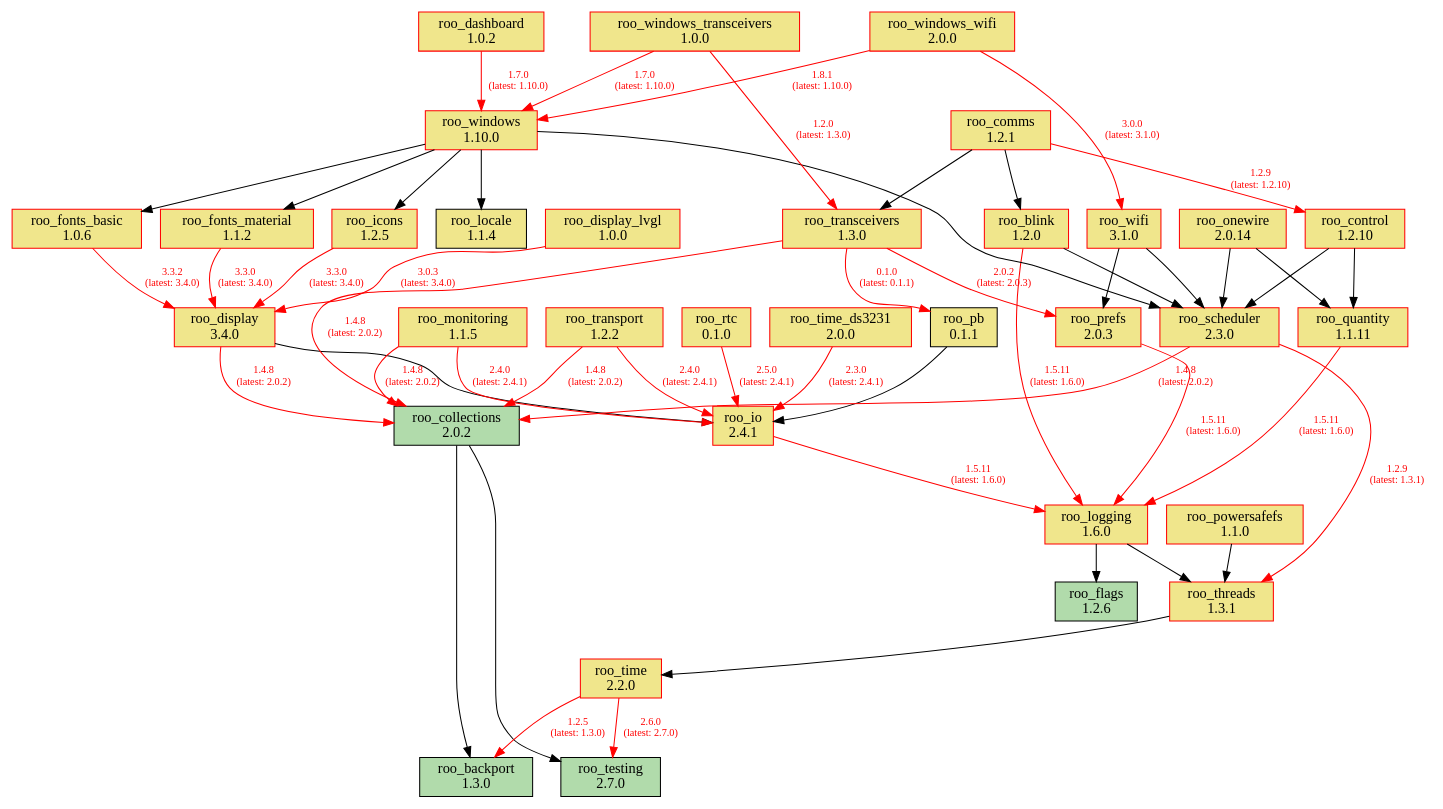
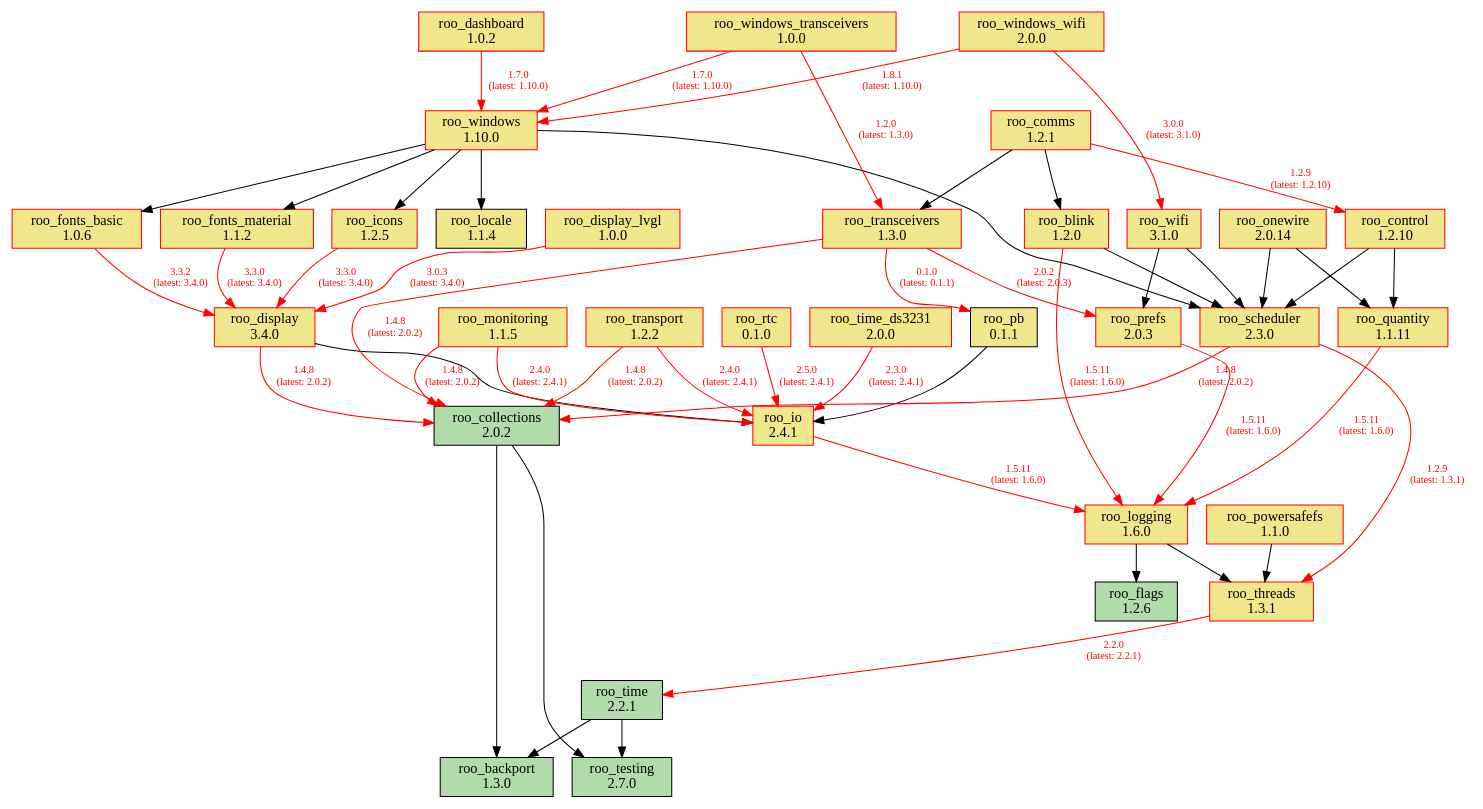
Before and after one commit to dejwk/roo-registry: the diagram in doc/dependencies.dot, drawn with Graphviz. The commit also changed 3 other files, not shown here.

Commit message:
Added roo_time 2.2.1 to the registry.

```diff
--- a/doc/dependencies.dot
+++ b/doc/dependencies.dot
@@ -1,92 +1,92 @@
 digraph dependencies {
     rankdir=TB;
     node [shape=box, style=filled];
     edge [fontsize=10];
 
     // Modules
     "roo_backport" [label="roo_backport\n1.3.0", fillcolor="#b1dbab", color="black"];
     "roo_blink" [label="roo_blink\n1.2.0", fillcolor="khaki", color="red"];
     "roo_collections" [label="roo_collections\n2.0.2", fillcolor="#b1dbab", color="black"];
     "roo_comms" [label="roo_comms\n1.2.1", fillcolor="khaki", color="red"];
     "roo_control" [label="roo_control\n1.2.10", fillcolor="khaki", color="red"];
     "roo_dashboard" [label="roo_dashboard\n1.0.2", fillcolor="khaki", color="red"];
     "roo_display" [label="roo_display\n3.4.0", fillcolor="khaki", color="red"];
     "roo_display_lvgl" [label="roo_display_lvgl\n1.0.0", fillcolor="khaki", color="red"];
     "roo_flags" [label="roo_flags\n1.2.6", fillcolor="#b1dbab", color="black"];
     "roo_fonts_basic" [label="roo_fonts_basic\n1.0.6", fillcolor="khaki", color="red"];
     "roo_fonts_material" [label="roo_fonts_material\n1.1.2", fillcolor="khaki", color="red"];
     "roo_icons" [label="roo_icons\n1.2.5", fillcolor="khaki", color="red"];
     "roo_io" [label="roo_io\n2.4.1", fillcolor="khaki", color="red"];
     "roo_locale" [label="roo_locale\n1.1.4", fillcolor="khaki", color="black"];
     "roo_logging" [label="roo_logging\n1.6.0", fillcolor="khaki", color="red"];
     "roo_monitoring" [label="roo_monitoring\n1.1.5", fillcolor="khaki", color="red"];
     "roo_onewire" [label="roo_onewire\n2.0.14", fillcolor="khaki", color="red"];
     "roo_pb" [label="roo_pb\n0.1.1", fillcolor="khaki", color="black"];
     "roo_powersafefs" [label="roo_powersafefs\n1.1.0", fillcolor="khaki", color="red"];
     "roo_prefs" [label="roo_prefs\n2.0.3", fillcolor="khaki", color="red"];
     "roo_quantity" [label="roo_quantity\n1.1.11", fillcolor="khaki", color="red"];
     "roo_rtc" [label="roo_rtc\n0.1.0", fillcolor="khaki", color="red"];
     "roo_scheduler" [label="roo_scheduler\n2.3.0", fillcolor="khaki", color="red"];
     "roo_testing" [label="roo_testing\n2.7.0", fillcolor="#b1dbab", color="black"];
     "roo_threads" [label="roo_threads\n1.3.1", fillcolor="khaki", color="red"];
-    "roo_time" [label="roo_time\n2.2.0", fillcolor="khaki", color="red"];
+    "roo_time" [label="roo_time\n2.2.1", fillcolor="#b1dbab", color="black"];
     "roo_time_ds3231" [label="roo_time_ds3231\n2.0.0", fillcolor="khaki", color="red"];
     "roo_transceivers" [label="roo_transceivers\n1.3.0", fillcolor="khaki", color="red"];
     "roo_transport" [label="roo_transport\n1.2.2", fillcolor="khaki", color="red"];
     "roo_wifi" [label="roo_wifi\n3.1.0", fillcolor="khaki", color="red"];
     "roo_windows" [label="roo_windows\n1.10.0", fillcolor="khaki", color="red"];
     "roo_windows_transceivers" [label="roo_windows_transceivers\n1.0.0", fillcolor="khaki", color="red"];
     "roo_windows_wifi" [label="roo_windows_wifi\n2.0.0", fillcolor="khaki", color="red"];
 
     // Dependencies
     "roo_blink" -> "roo_logging" [color=red, fontcolor=red, label="1.5.11\n(latest: 1.6.0)"];
     "roo_blink" -> "roo_scheduler";
     "roo_collections" -> "roo_testing";
     "roo_collections" -> "roo_backport";
     "roo_comms" -> "roo_blink";
     "roo_comms" -> "roo_control" [color=red, fontcolor=red, label="1.2.9\n(latest: 1.2.10)"];
     "roo_comms" -> "roo_transceivers";
     "roo_control" -> "roo_quantity";
     "roo_control" -> "roo_scheduler";
     "roo_dashboard" -> "roo_windows" [color=red, fontcolor=red, label="1.7.0\n(latest: 1.10.0)"];
     "roo_display" -> "roo_collections" [color=red, fontcolor=red, label="1.4.8\n(latest: 2.0.2)"];
     "roo_display" -> "roo_io";
     "roo_display_lvgl" -> "roo_display" [color=red, fontcolor=red, label="3.0.3\n(latest: 3.4.0)"];
     "roo_fonts_basic" -> "roo_display" [color=red, fontcolor=red, label="3.3.2\n(latest: 3.4.0)"];
     "roo_fonts_material" -> "roo_display" [color=red, fontcolor=red, label="3.3.0\n(latest: 3.4.0)"];
     "roo_icons" -> "roo_display" [color=red, fontcolor=red, label="3.3.0\n(latest: 3.4.0)"];
     "roo_io" -> "roo_logging" [color=red, fontcolor=red, label="1.5.11\n(latest: 1.6.0)"];
     "roo_logging" -> "roo_flags";
     "roo_logging" -> "roo_threads";
     "roo_monitoring" -> "roo_collections" [color=red, fontcolor=red, label="1.4.8\n(latest: 2.0.2)"];
     "roo_monitoring" -> "roo_io" [color=red, fontcolor=red, label="2.4.0\n(latest: 2.4.1)"];
     "roo_onewire" -> "roo_scheduler";
     "roo_onewire" -> "roo_quantity";
     "roo_pb" -> "roo_io";
     "roo_powersafefs" -> "roo_threads";
     "roo_prefs" -> "roo_logging" [color=red, fontcolor=red, label="1.5.11\n(latest: 1.6.0)"];
     "roo_quantity" -> "roo_logging" [color=red, fontcolor=red, label="1.5.11\n(latest: 1.6.0)"];
     "roo_rtc" -> "roo_io" [color=red, fontcolor=red, label="2.5.0\n(latest: 2.4.1)"];
     "roo_scheduler" -> "roo_collections" [color=red, fontcolor=red, label="1.4.8\n(latest: 2.0.2)"];
     "roo_scheduler" -> "roo_threads" [color=red, fontcolor=red, label="1.2.9\n(latest: 1.3.1)"];
-    "roo_threads" -> "roo_time";
-    "roo_time" -> "roo_testing" [color=red, fontcolor=red, label="2.6.0\n(latest: 2.7.0)"];
-    "roo_time" -> "roo_backport" [color=red, fontcolor=red, label="1.2.5\n(latest: 1.3.0)"];
+    "roo_threads" -> "roo_time" [color=red, fontcolor=red, label="2.2.0\n(latest: 2.2.1)"];
+    "roo_time" -> "roo_testing";
+    "roo_time" -> "roo_backport";
     "roo_time_ds3231" -> "roo_io" [color=red, fontcolor=red, label="2.3.0\n(latest: 2.4.1)"];
     "roo_transceivers" -> "roo_pb" [color=red, fontcolor=red, label="0.1.0\n(latest: 0.1.1)"];
     "roo_transceivers" -> "roo_collections" [color=red, fontcolor=red, label="1.4.8\n(latest: 2.0.2)"];
     "roo_transceivers" -> "roo_prefs" [color=red, fontcolor=red, label="2.0.2\n(latest: 2.0.3)"];
     "roo_transport" -> "roo_collections" [color=red, fontcolor=red, label="1.4.8\n(latest: 2.0.2)"];
     "roo_transport" -> "roo_io" [color=red, fontcolor=red, label="2.4.0\n(latest: 2.4.1)"];
     "roo_wifi" -> "roo_prefs";
     "roo_wifi" -> "roo_scheduler";
     "roo_windows" -> "roo_fonts_basic";
     "roo_windows" -> "roo_fonts_material";
     "roo_windows" -> "roo_locale";
     "roo_windows" -> "roo_icons";
     "roo_windows" -> "roo_scheduler";
     "roo_windows_transceivers" -> "roo_transceivers" [color=red, fontcolor=red, label="1.2.0\n(latest: 1.3.0)"];
     "roo_windows_transceivers" -> "roo_windows" [color=red, fontcolor=red, label="1.7.0\n(latest: 1.10.0)"];
     "roo_windows_wifi" -> "roo_wifi" [color=red, fontcolor=red, label="3.0.0\n(latest: 3.1.0)"];
     "roo_windows_wifi" -> "roo_windows" [color=red, fontcolor=red, label="1.8.1\n(latest: 1.10.0)"];
 }
```
